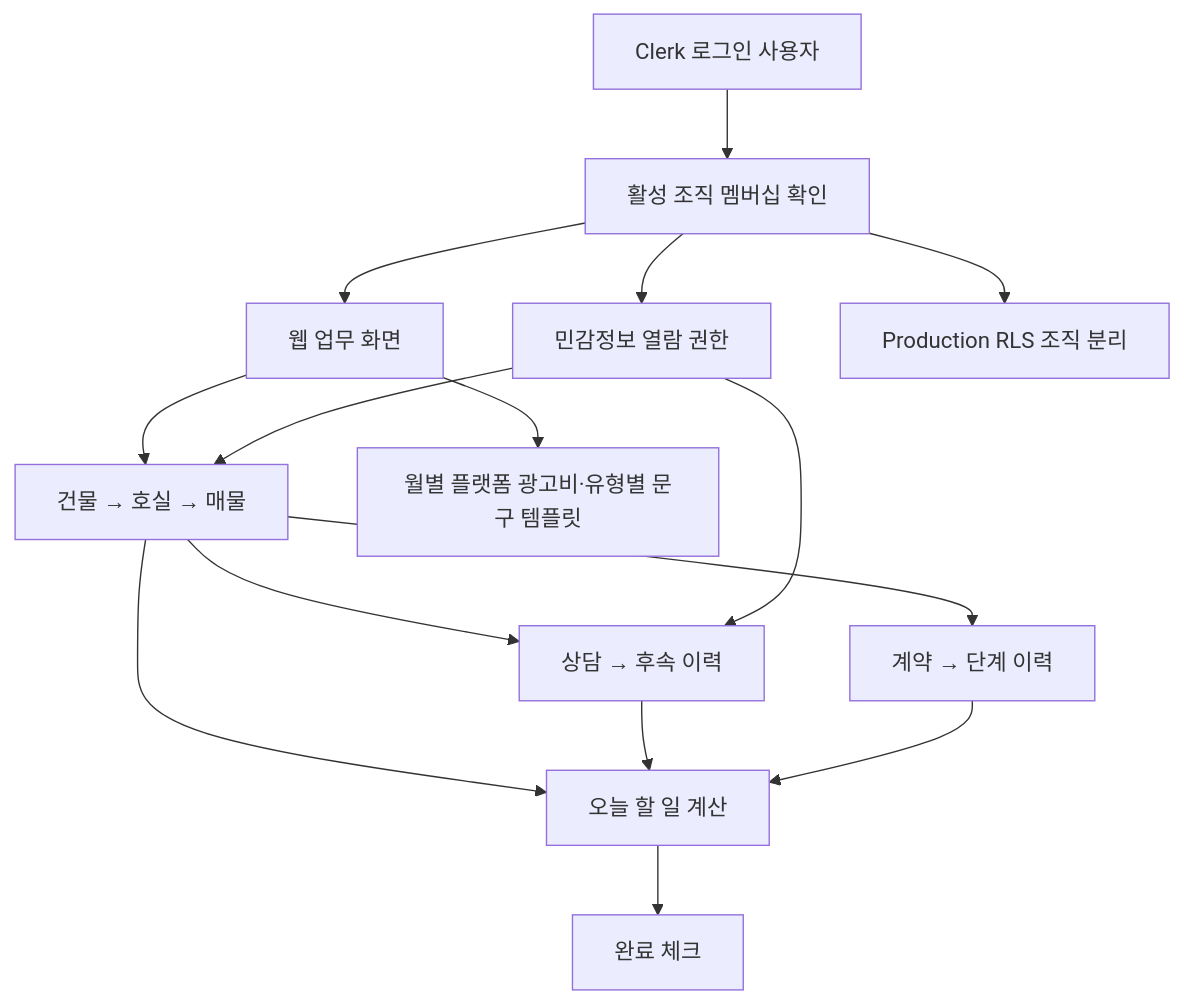
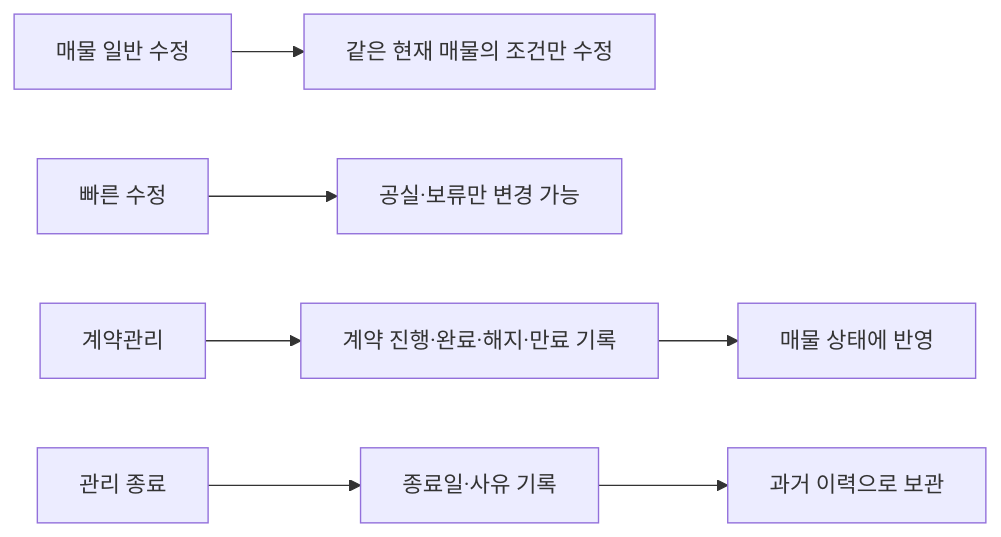
The second of 2 diagrams in docs/13.mermaid_diagram.md (jhkoo0314/REK), drawn with Mermaid before and after one commit. The commit also changed other lines of this file and 5 other files, not shown here.

````diff
--- a/docs/13.mermaid_diagram.md
+++ b/docs/13.mermaid_diagram.md
@@ -3,17 +69,9 @@
 ```mermaid
-flowchart TD
-  U[Clerk 로그인 사용자] --> M[활성 조직 멤버십 확인]
-  M --> A[웹 업무 화면]
-  A --> L[건물 → 호실 → 매물]
-  L --> C[상담 → 후속 이력]
-  L --> K[계약 → 단계 이력]
-  L --> T[오늘 할 일 계산]
-  C --> T
-  K --> T
-  T --> D[완료 체크]
-  A --> AD[월별 플랫폼 광고비·유형별 문구 템플릿]
-  M --> S[민감정보 열람 권한]
-  S --> L
-  S --> C
-  M --> R[Production RLS 조직 분리]
+flowchart LR
+    A[매물 일반 수정] --> B[같은 현재 매물의 조건만 수정]
+    C[빠른 수정] --> D[공실·보류만 변경 가능]
+    E[계약관리] --> F[계약 진행·완료·해지·만료 기록]
+    F --> G[매물 상태에 반영]
+    H[관리 종료] --> I[종료일·사유 기록]
+    I --> J[과거 이력으로 보관]
 ```
````
